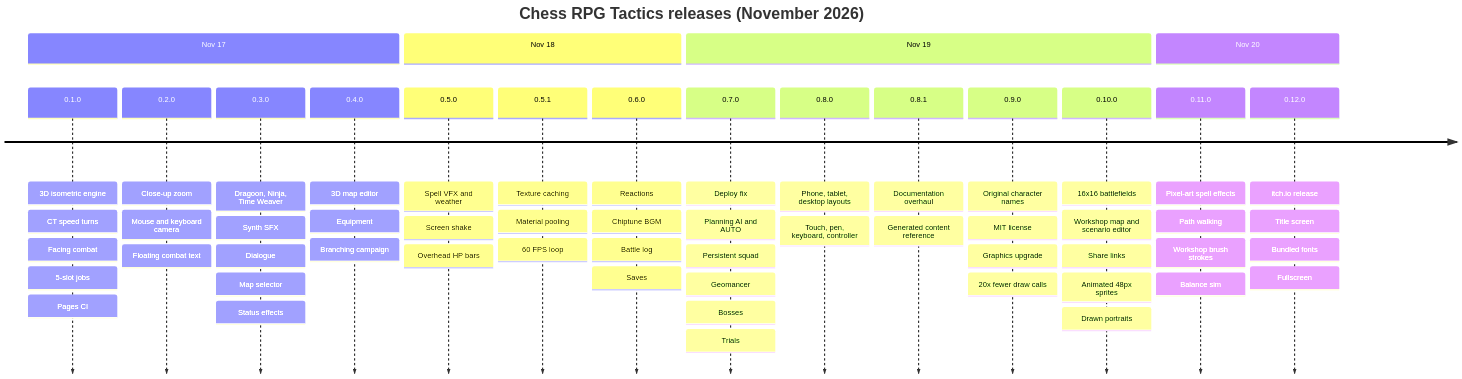
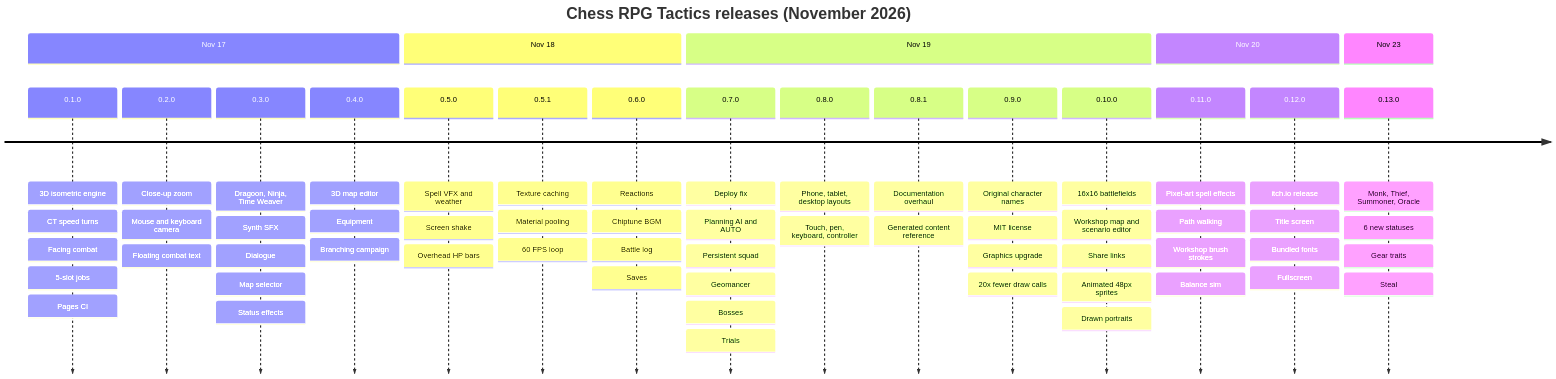
Before and after one commit to CptNope/Chess-RPG-Tactics: the first of 4 diagrams in docs/ROADMAP.md, drawn with Mermaid. The commit also changed other lines of this file and 49 other files, not shown here.

First line of the commit message:
0.13.0: Monk, Thief, Summoner and Oracle; new statuses, abilities and gear

````diff
--- a/docs/ROADMAP.md
+++ b/docs/ROADMAP.md
@@ -11,22 +11,24 @@
 ```mermaid
 timeline
     title Chess RPG Tactics releases (November 2026)
     section Nov 17
         0.1.0 : 3D isometric engine : CT speed turns : Facing combat : 5-slot jobs : Pages CI
         0.2.0 : Close-up zoom : Mouse and keyboard camera : Floating combat text
         0.3.0 : Dragoon, Ninja, Time Weaver : Synth SFX : Dialogue : Map selector : Status effects
         0.4.0 : 3D map editor : Equipment : Branching campaign
     section Nov 18
         0.5.0 : Spell VFX and weather : Screen shake : Overhead HP bars
         0.5.1 : Texture caching : Material pooling : 60 FPS loop
         0.6.0 : Reactions : Chiptune BGM : Battle log : Saves
     section Nov 19
         0.7.0 : Deploy fix : Planning AI and AUTO : Persistent squad : Geomancer : Bosses : Trials
         0.8.0 : Phone, tablet, desktop layouts : Touch, pen, keyboard, controller
         0.8.1 : Documentation overhaul : Generated content reference
         0.9.0 : Original character names : MIT license : Graphics upgrade : 20x fewer draw calls
         0.10.0 : 16x16 battlefields : Workshop map and scenario editor : Share links : Animated 48px sprites : Drawn portraits
     section Nov 20
         0.11.0 : Pixel-art spell effects : Path walking : Workshop brush strokes : Balance sim
         0.12.0 : itch.io release : Title screen : Bundled fonts : Fullscreen
+    section Nov 23
+        0.13.0 : Monk, Thief, Summoner, Oracle : 6 new statuses : Gear traits : Steal
 ```
````
